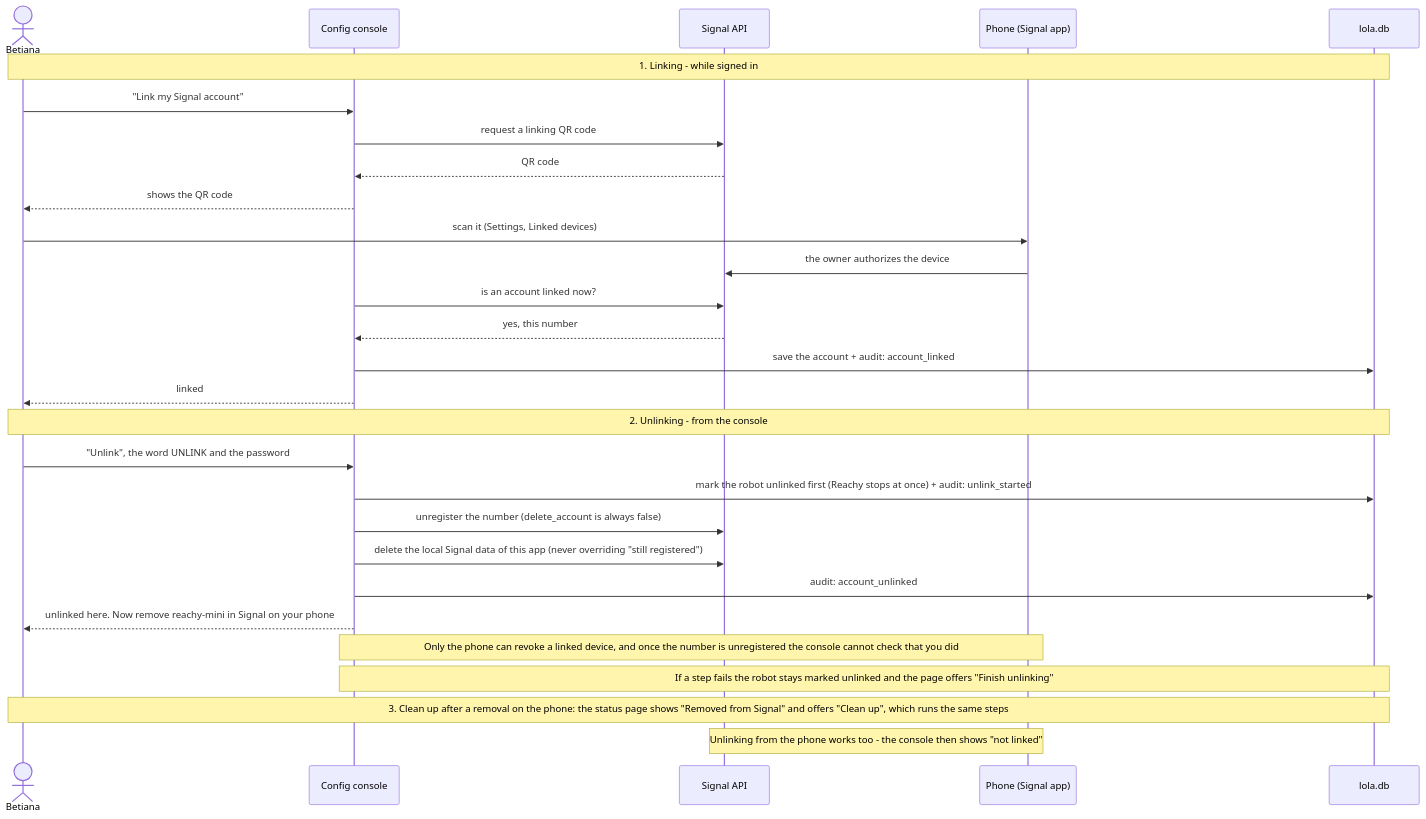
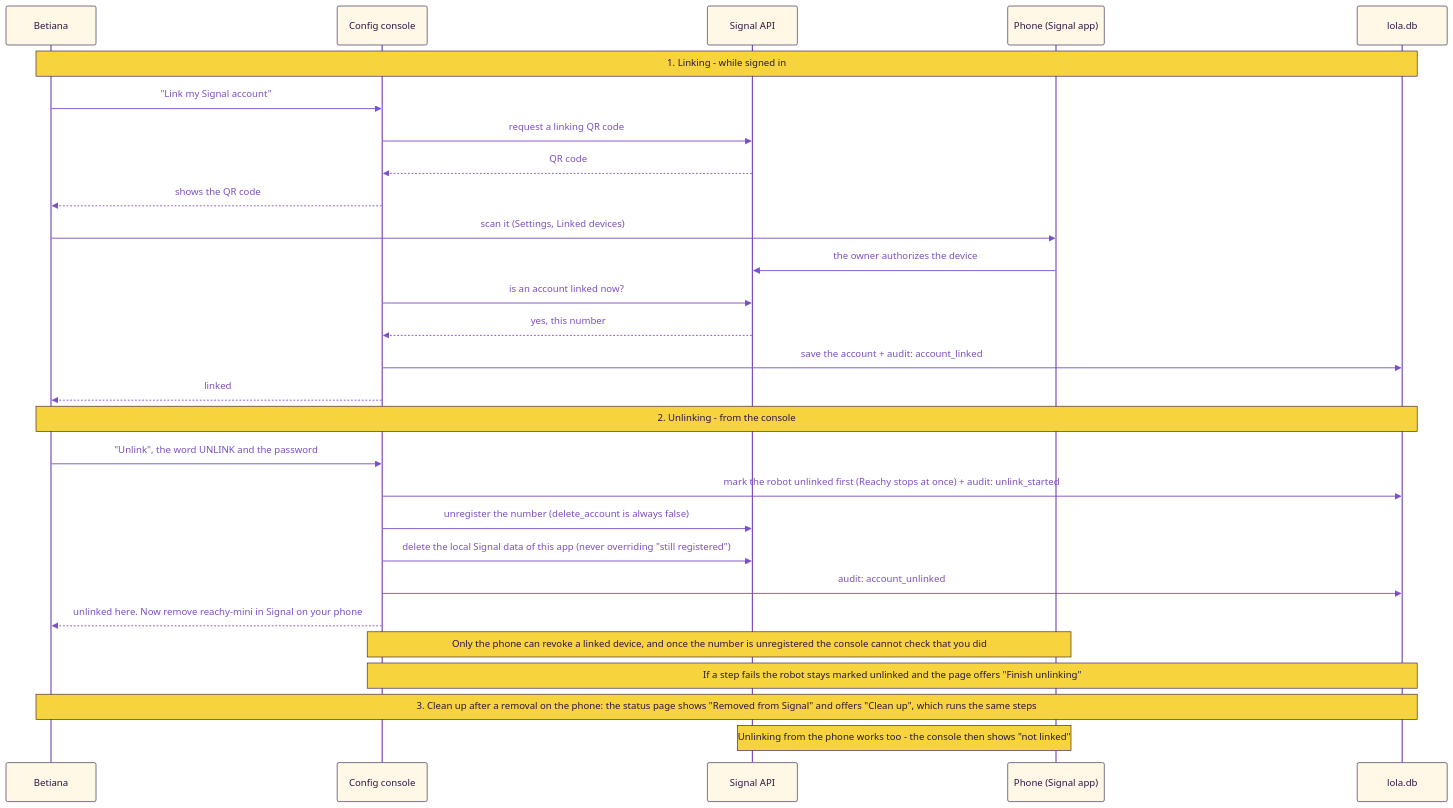
Before and after one commit to betiana688/lola-bla: the first of 3 diagrams in docs/architecture/console.md, drawn with Mermaid. The commit also changed other lines of this file and 10 other files, not shown here.

Commit message:
docs round 1: brand colours on all 24 diagrams, docs home with two ways in, README status and limits brought up to date, console page table, backlog (guide for users, promo video)

````diff
--- a/docs/architecture/console.md
+++ b/docs/architecture/console.md
@@ -14,30 +14,31 @@
 ```mermaid
+%%{init: {"theme":"base","themeVariables":{"primaryColor":"#FFF8E7","primaryTextColor":"#2A1640","primaryBorderColor":"#2A1640","lineColor":"#7B4FC4","textColor":"#7B4FC4","secondaryColor":"#F7D33E","tertiaryColor":"#C9B3F2","noteBkgColor":"#F7D33E","noteTextColor":"#2A1640","noteBorderColor":"#2A1640","actorBkg":"#FFF8E7","actorBorder":"#2A1640","actorTextColor":"#2A1640","actorLineColor":"#7B4FC4","signalColor":"#7B4FC4","signalTextColor":"#7B4FC4","labelBoxBkgColor":"#FFF8E7","labelBoxBorderColor":"#2A1640","labelTextColor":"#2A1640","loopTextColor":"#7B4FC4","edgeLabelBackground":"#FFF8E7","clusterBkg":"#C9B3F2","clusterBorder":"#2A1640","titleColor":"#2A1640"}}}%%
 sequenceDiagram
-  actor B as Betiana
+  participant B as Betiana
   participant C as Config console
   participant A as Signal API
   participant P as Phone (Signal app)
   participant D as lola.db
   Note over B,D: 1. Linking - while signed in
   B->>C: "Link my Signal account"
   C->>A: request a linking QR code
   A-->>C: QR code
   C-->>B: shows the QR code
   B->>P: scan it (Settings, Linked devices)
   P->>A: the owner authorizes the device
   C->>A: is an account linked now?
   A-->>C: yes, this number
   C->>D: save the account + audit: account_linked
   C-->>B: linked
   Note over B,D: 2. Unlinking - from the console
   B->>C: "Unlink", the word UNLINK and the password
   C->>D: mark the robot unlinked first (Reachy stops at once) + audit: unlink_started
   C->>A: unregister the number (delete_account is always false)
   C->>A: delete the local Signal data of this app (never overriding "still registered")
   C->>D: audit: account_unlinked
   C-->>B: unlinked here. Now remove reachy-mini in Signal on your phone
   Note over C,P: Only the phone can revoke a linked device, and once the number is unregistered the console cannot check that you did
   Note over C,D: If a step fails the robot stays marked unlinked and the page offers "Finish unlinking"
   Note over B,D: 3. Clean up after a removal on the phone: the status page shows "Removed from Signal" and offers "Clean up", which runs the same steps
   Note over P,A: Unlinking from the phone works too - the console then shows "not linked"
 ```
````
